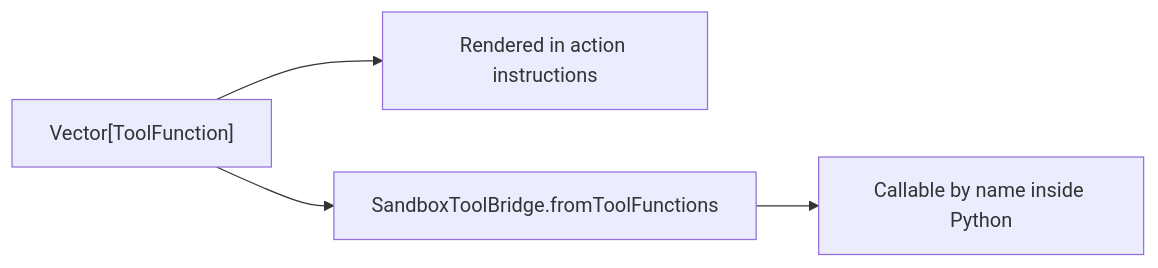
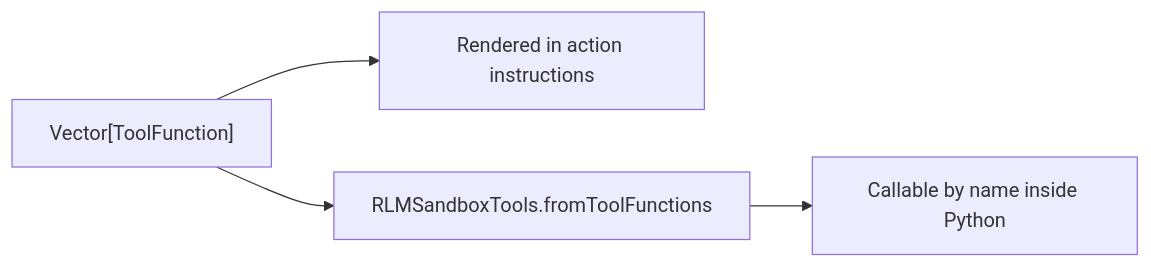
Before and after one commit to jpablo/dspy4s: the fifth of 6 diagrams in modules/programs/src/main/scala/dspy4s/programs/strategies/RLM.md, drawn with Mermaid. The commit also changed other lines of this file and 47 other files, not shown here.

````diff
--- a/modules/programs/src/main/scala/dspy4s/programs/strategies/RLM.md
+++ b/modules/programs/src/main/scala/dspy4s/programs/strategies/RLM.md
@@ -408,7 +381,7 @@
 ```mermaid
 flowchart LR
     tools["Vector[ToolFunction]"]
     tools --> instructions["Rendered in action instructions"]
-    tools --> bridge["SandboxToolBridge.fromToolFunctions"]
+    tools --> bridge["RLMSandboxTools.fromToolFunctions"]
     bridge --> repl["Callable by name inside Python"]
 ```
````
